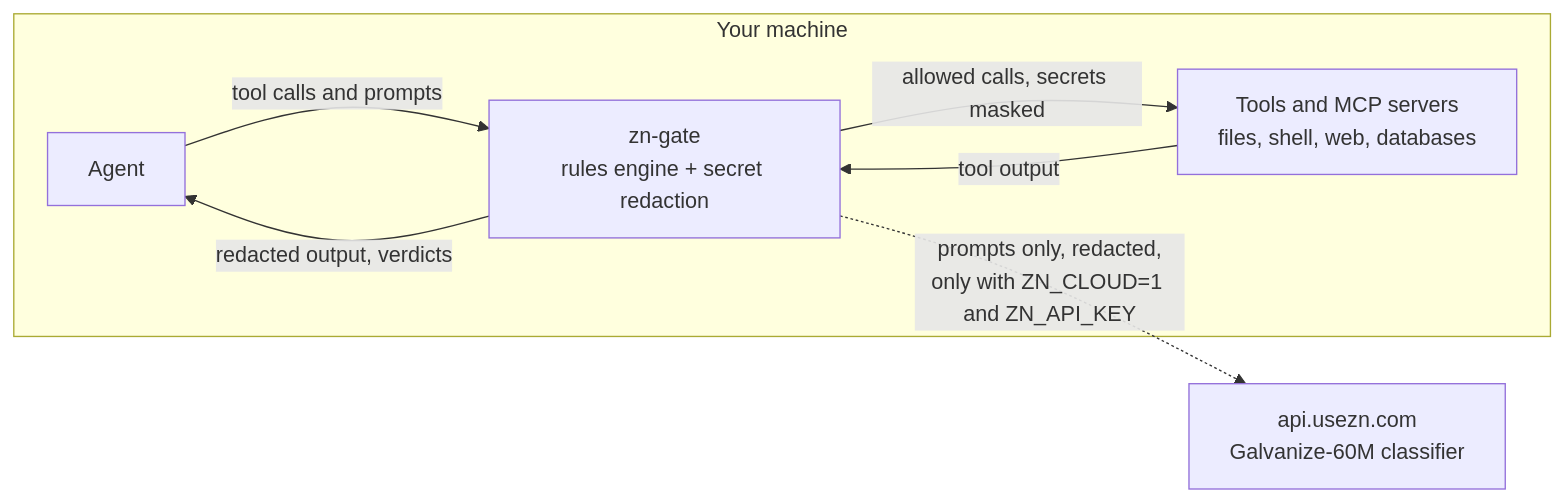
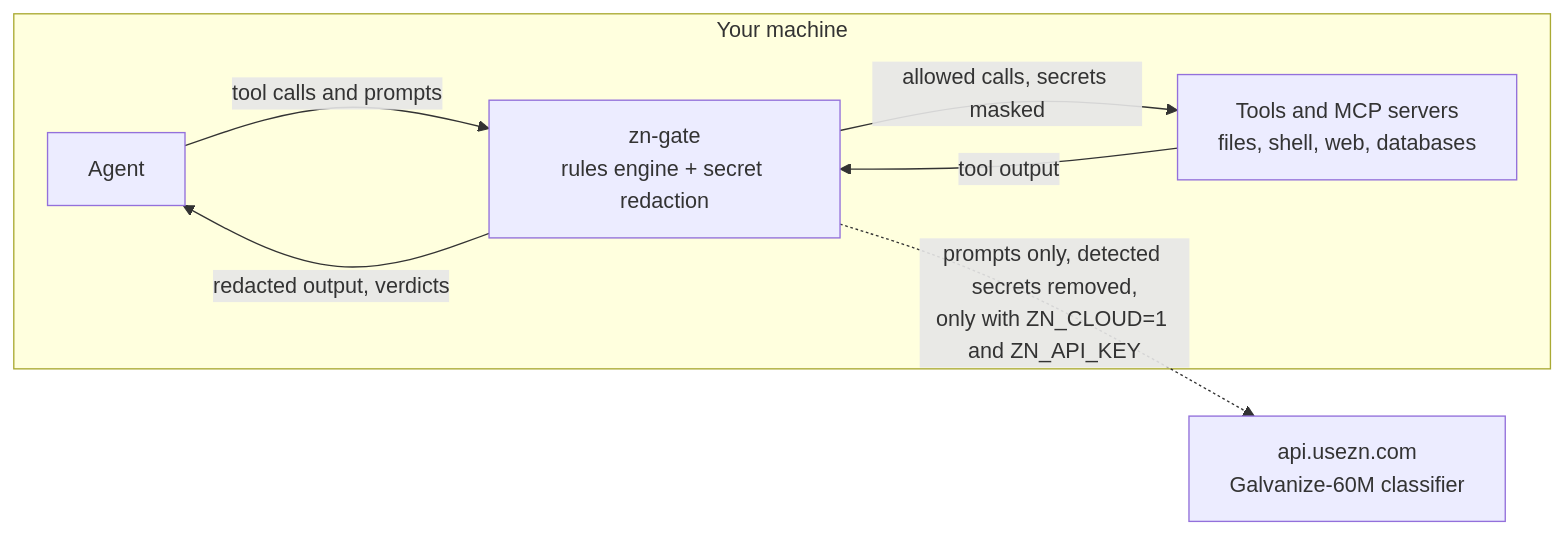
Before and after one commit to usezn/zn: the second of 2 diagrams in README.md, drawn with Mermaid. The commit also changed other lines of this file, not shown here.

Commit message:
README: Cursor support is partial; state exactly what the cloud check sends

````diff
--- a/README.md
+++ b/README.md
@@ -168,14 +170,14 @@
 ```mermaid
 flowchart LR
     subgraph local["Your machine"]
         A["Agent"]
         Z["zn-gate<br/>rules engine + secret redaction"]
         T["Tools and MCP servers<br/>files, shell, web, databases"]
     end
     C["api.usezn.com<br/>Galvanize-60M classifier"]
     A -- "tool calls and prompts" --> Z
     Z -- "allowed calls, secrets masked" --> T
     T -- "tool output" --> Z
     Z -- "redacted output, verdicts" --> A
-    Z -. "prompts only, redacted,<br/>only with ZN_CLOUD=1 and ZN_API_KEY" .-> C
+    Z -. "prompts only, detected secrets removed,<br/>only with ZN_CLOUD=1 and ZN_API_KEY" .-> C
 ```
````
